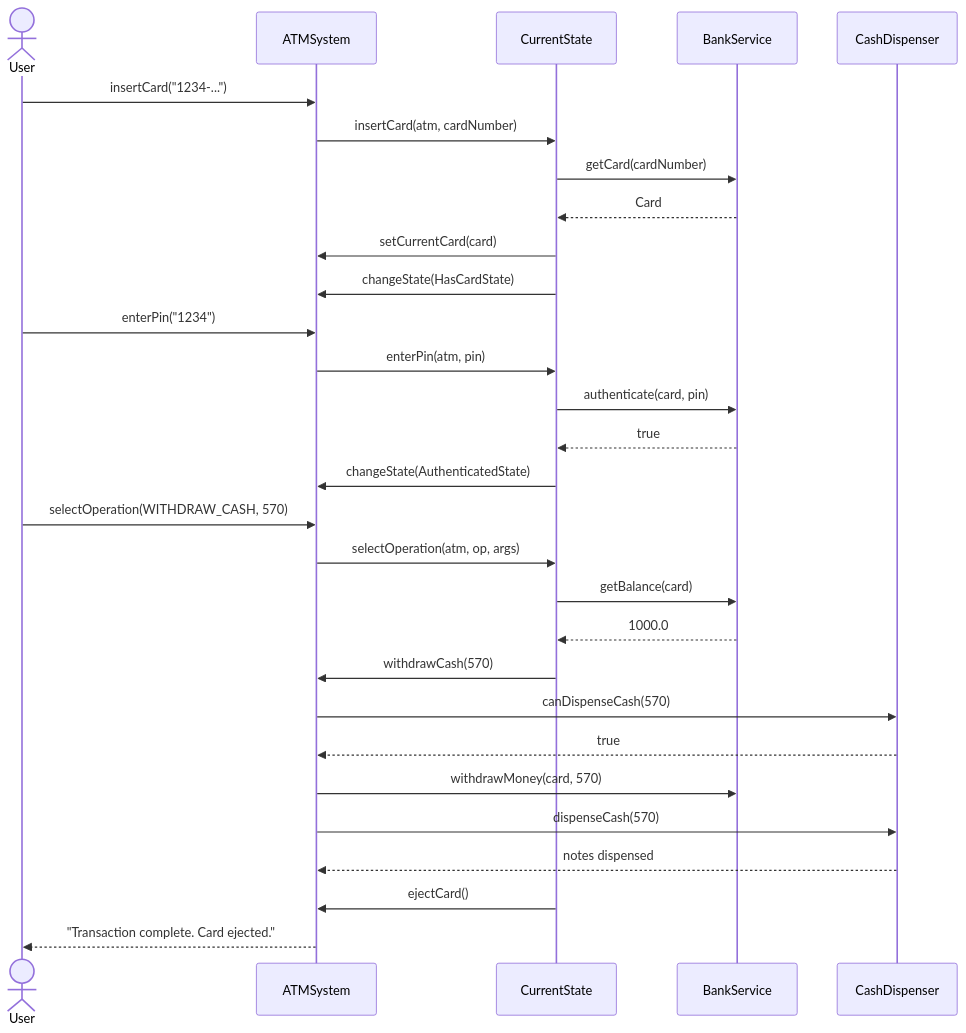
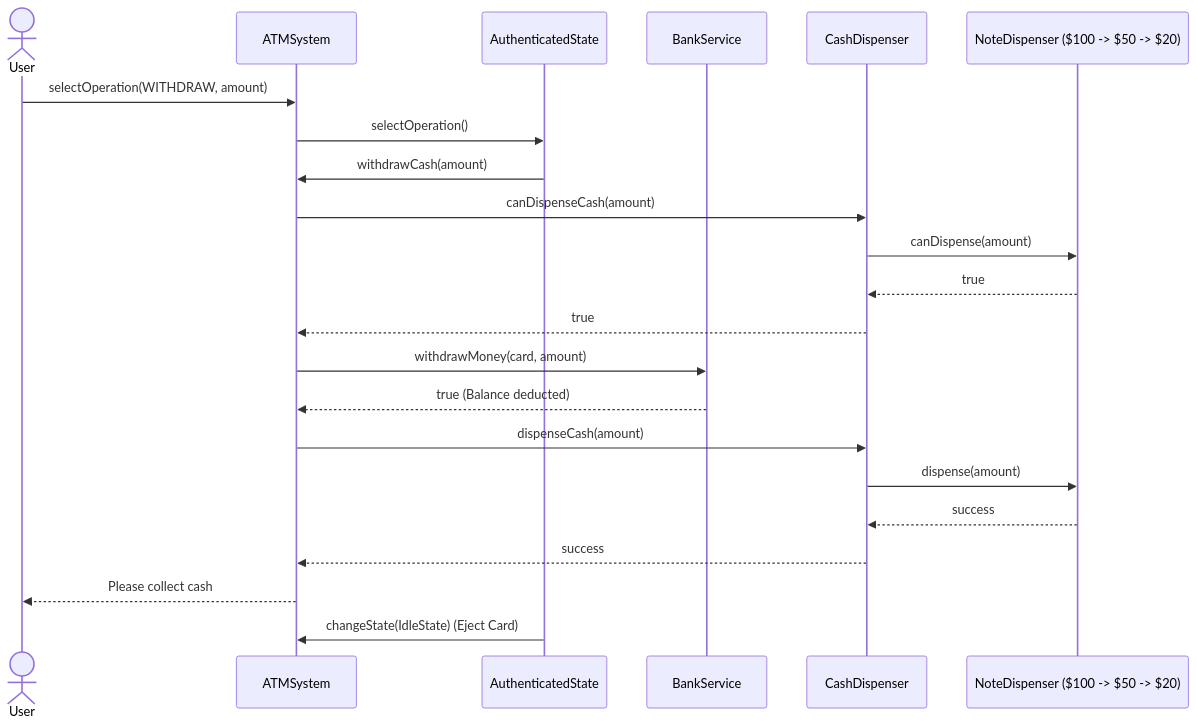
Before and after one commit to bhargavtenali/awesome-low-level-design: the third of 4 diagrams in solutions/java/src/atm/atm-lld-interview-prep.md, drawn with Mermaid. The commit also changed other lines of this file and 23 other files, not shown here.

````diff
--- a/solutions/java/src/atm/atm-lld-interview-prep.md
+++ b/solutions/java/src/atm/atm-lld-interview-prep.md
@@ -242,34 +226,27 @@
 ```mermaid
 sequenceDiagram
     actor User
     participant ATM as ATMSystem
-    participant St as CurrentState
+    participant State as AuthenticatedState
     participant Bank as BankService
     participant Cash as CashDispenser
-
-    User->>ATM: insertCard("1234-...")
-    ATM->>St: insertCard(atm, cardNumber)
-    St->>Bank: getCard(cardNumber)
-    Bank-->>St: Card
-    St->>ATM: setCurrentCard(card)
-    St->>ATM: changeState(HasCardState)
-
-    User->>ATM: enterPin("1234")
-    ATM->>St: enterPin(atm, pin)
-    St->>Bank: authenticate(card, pin)
-    Bank-->>St: true
-    St->>ATM: changeState(AuthenticatedState)
-
-    User->>ATM: selectOperation(WITHDRAW_CASH, 570)
-    ATM->>St: selectOperation(atm, op, args)
-    St->>Bank: getBalance(card)
-    Bank-->>St: 1000.0
-    St->>ATM: withdrawCash(570)
-    ATM->>Cash: canDispenseCash(570)
-    Cash-->>ATM: true
-    ATM->>Bank: withdrawMoney(card, 570)
-    ATM->>Cash: dispenseCash(570)
-    Cash-->>ATM: notes dispensed
-    St->>ATM: ejectCard()
-    ATM-->>User: "Transaction complete. Card ejected."
+    participant Chain as NoteDispenser ($100 -> $50 -> $20)
+    User ->> ATM: selectOperation(WITHDRAW, amount)
+    ATM ->> State: selectOperation()
+    State ->> ATM: withdrawCash(amount)
+%% Dry run check for cash
+    ATM ->> Cash: canDispenseCash(amount)
+    Cash ->> Chain: canDispense(amount)
+    Chain -->> Cash: true
+    Cash -->> ATM: true
+%% Bank deduction
+    ATM ->> Bank: withdrawMoney(card, amount)
+    Bank -->> ATM: true (Balance deducted)
+%% Actual Dispense
+    ATM ->> Cash: dispenseCash(amount)
+    Cash ->> Chain: dispense(amount)
+    Chain -->> Cash: success
+    Cash -->> ATM: success
+    ATM -->> User: Please collect cash
+    State ->> ATM: changeState(IdleState) (Eject Card)
 ```
````
